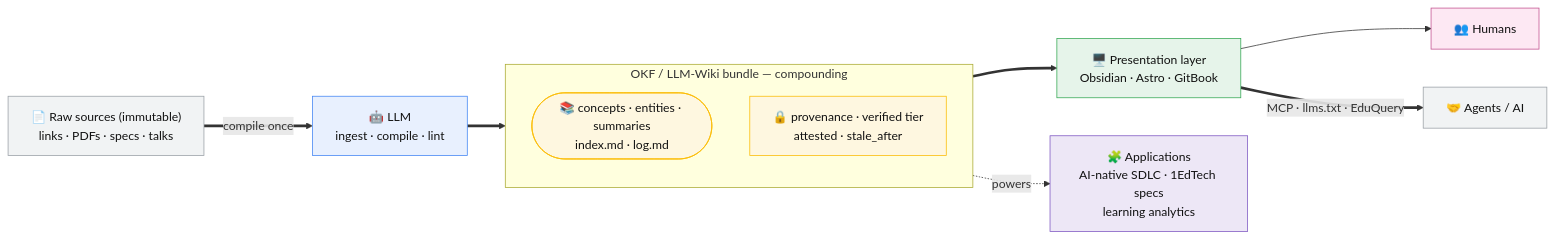
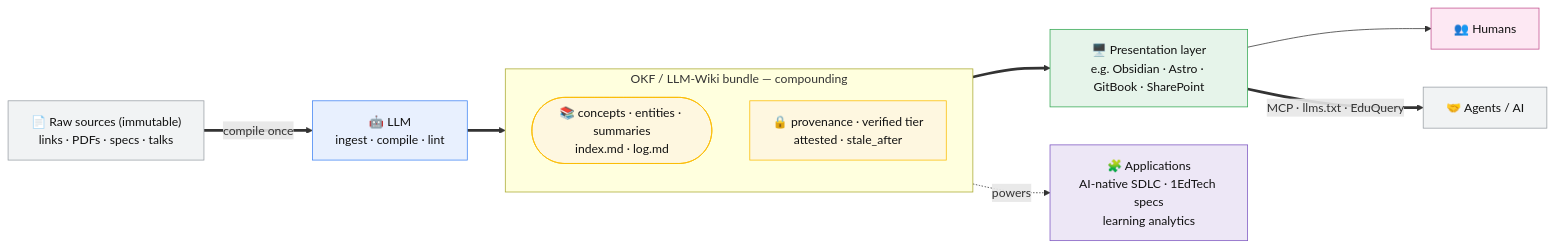
The diagram in summaries/overview.md (apenutmize/llm-wiki-wiki), drawn with Mermaid before and after one commit. The commit also changed other lines of this file and 6 other files, not shown here.

First line of the commit message:
Overview + presentation-layer: SharePoint consistency, "e.g." (non-exhaustive)

````diff
--- a/summaries/overview.md
+++ b/summaries/overview.md
@@ -20,30 +20,30 @@
 ```mermaid
 flowchart LR
     SRC["📄 Raw sources (immutable)<br/>links · PDFs · specs · talks"]
     LLM["🤖 LLM<br/>ingest · compile · lint"]
 
     subgraph BUNDLE["OKF / LLM-Wiki bundle — compounding"]
         direction TB
         KB(["📚 concepts · entities · summaries<br/>index.md · log.md"])
         TR["🔒 provenance · verified tier<br/>attested · stale_after"]
     end
 
-    PL["🖥️ Presentation layer<br/>Obsidian · Astro · GitBook"]
+    PL["🖥️ Presentation layer<br/>e.g. Obsidian · Astro · GitBook · SharePoint"]
     HUM["👥 Humans"]
     AG["🤝 Agents / AI"]
     APP["🧩 Applications<br/>AI-native SDLC · 1EdTech specs<br/>learning analytics"]
 
     SRC == "compile once" ==> LLM ==> BUNDLE ==> PL
     PL --> HUM
     PL == "MCP · llms.txt · EduQuery" ==> AG
     BUNDLE -. powers .-> APP
 
     classDef src fill:#f1f3f4,stroke:#9aa0a6,color:#111;
     classDef llm fill:#e8f0fe,stroke:#4285f4,color:#111;
     classDef bundle fill:#fef7e0,stroke:#fbbc04,color:#111;
     classDef pl fill:#e6f4ea,stroke:#34a853,color:#111;
     classDef human fill:#fde8f3,stroke:#c2508f,color:#111;
     classDef agent fill:#f1f3f4,stroke:#9aa0a6,color:#111;
     classDef app fill:#ede7f6,stroke:#7e57c2,color:#111;
     class SRC src; class LLM llm; class KB,TR bundle; class PL pl; class HUM human; class AG agent; class APP app;
 ```
````
